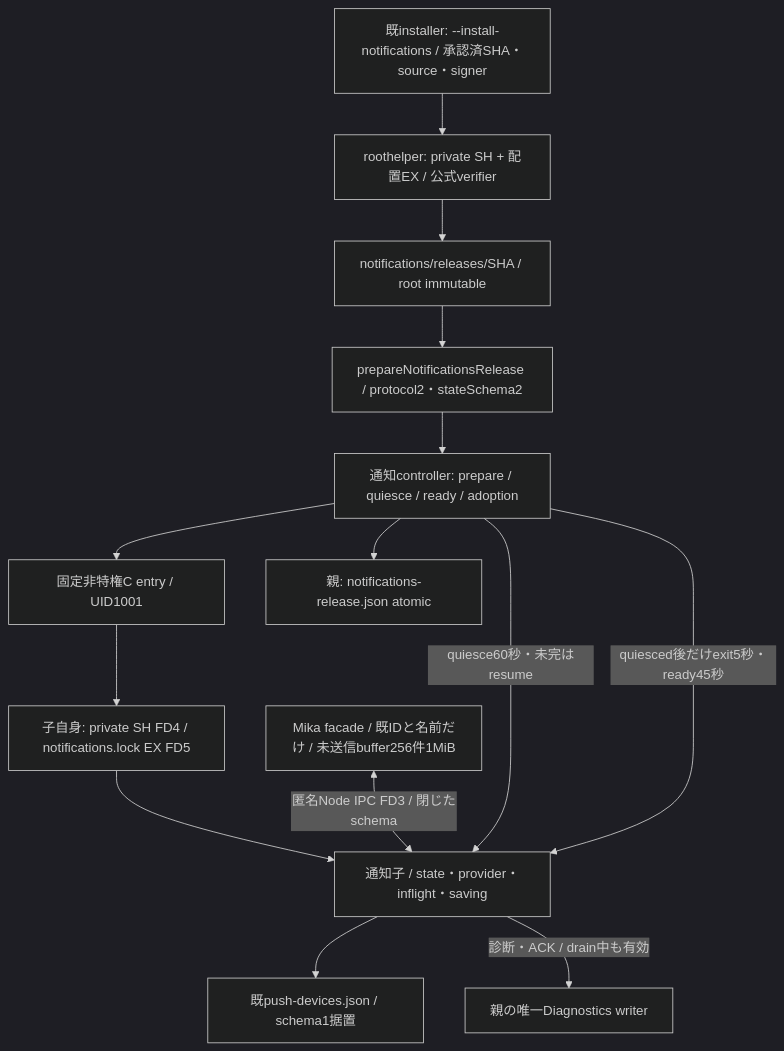
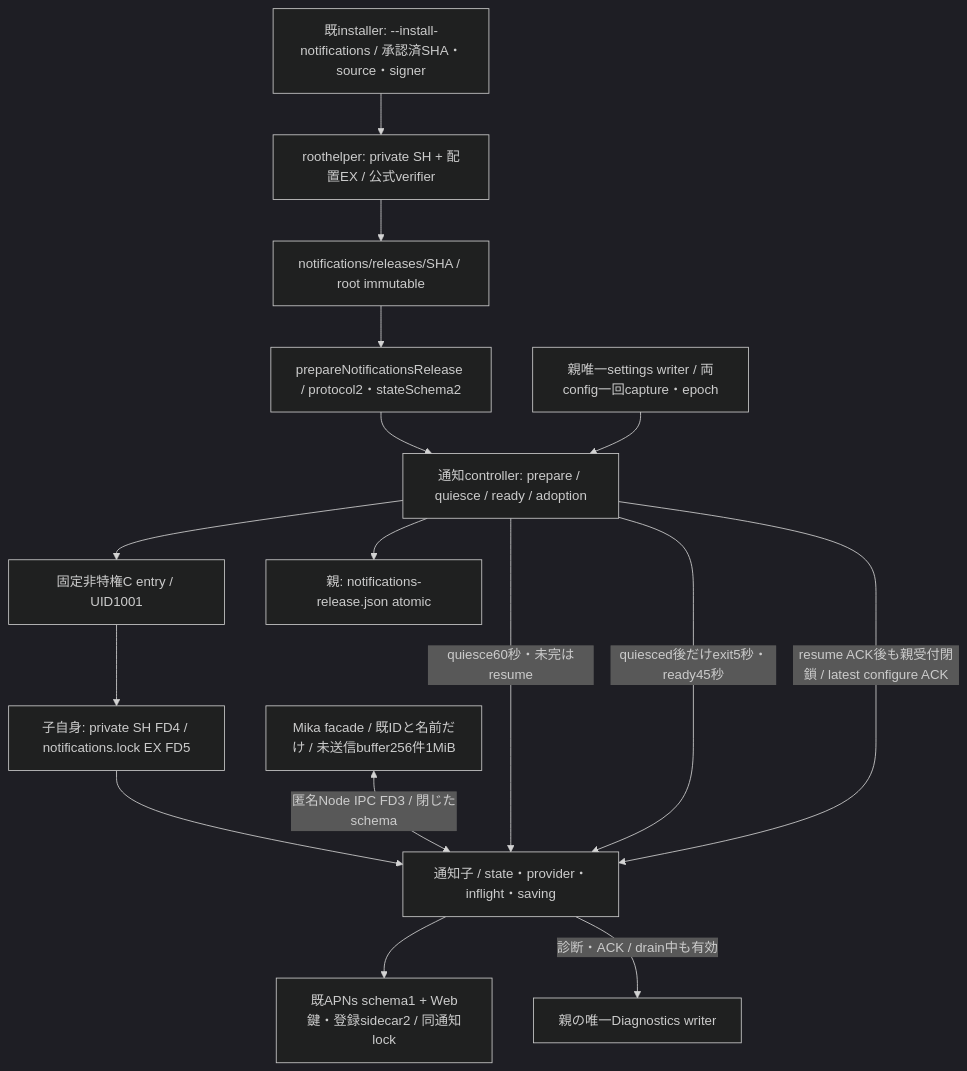
The diagram in docs/architecture/modules/runtime/notifications-release.md (kitepon/BellTeam), drawn with Mermaid (dark theme) before and after one commit. The commit also changed other lines of this file and 13 other files, not shown here.

````diff
--- a/docs/architecture/modules/runtime/notifications-release.md
+++ b/docs/architecture/modules/runtime/notifications-release.md
@@ -5,16 +5,18 @@
 ```mermaid
 flowchart TD
   Install[既installer: --install-notifications / 承認済SHA・source・signer] --> Root[roothelper: private SH + 配置EX / 公式verifier]
   Root --> Store[notifications/releases/SHA / root immutable]
   Store --> Reader[prepareNotificationsRelease / protocol2・stateSchema2]
   Reader --> Controller[通知controller: prepare / quiesce / ready / adoption]
   Controller --> C[固定非特権C entry / UID1001]
   C --> Lock[子自身: private SH FD4 / notifications.lock EX FD5]
   Lock --> Child[通知子 / state・provider・inflight・saving]
   Facade[Mika facade / 既IDと名前だけ / 未送信buffer256件1MiB] <-->|匿名Node IPC FD3 / 閉じたschema| Child
   Controller -->|quiesce60秒・未完はresume| Child
   Controller -->|quiesced後だけexit5秒・ready45秒| Child
+  Config[親唯一settings writer / 両config一回capture・epoch] --> Controller
+  Controller -->|resume ACK後も親受付閉鎖 / latest configure ACK| Child
   Controller --> Adoption[親: notifications-release.json atomic]
-  Child --> State[既push-devices.json / schema1据置]
+  Child --> State[既APNs schema1 + Web鍵・登録sidecar2 / 同通知lock]
   Child -->|診断・ACK / drain中も有効| Diag[親の唯一Diagnostics writer]
 ```
````
